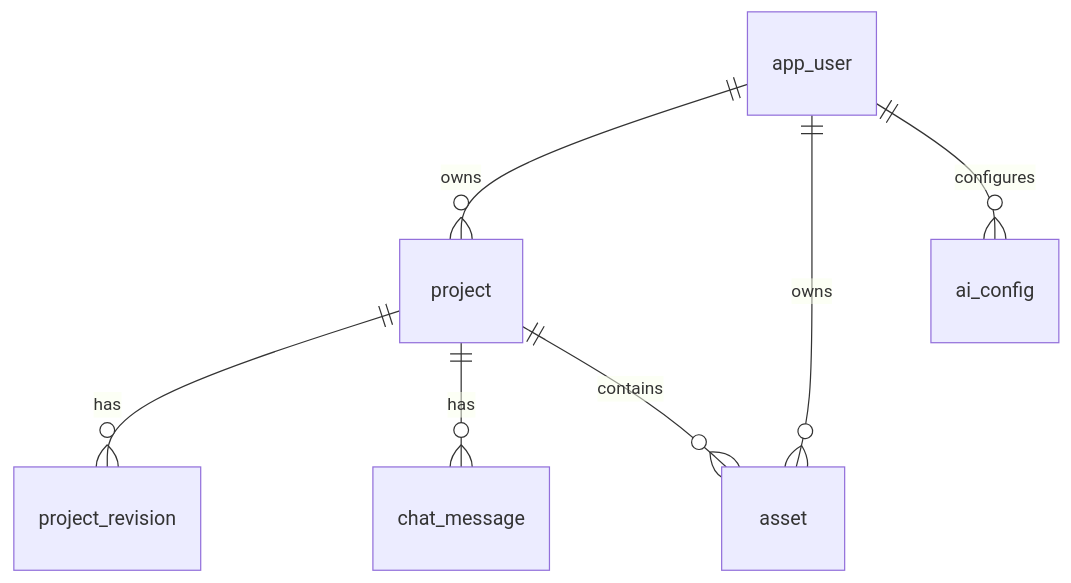
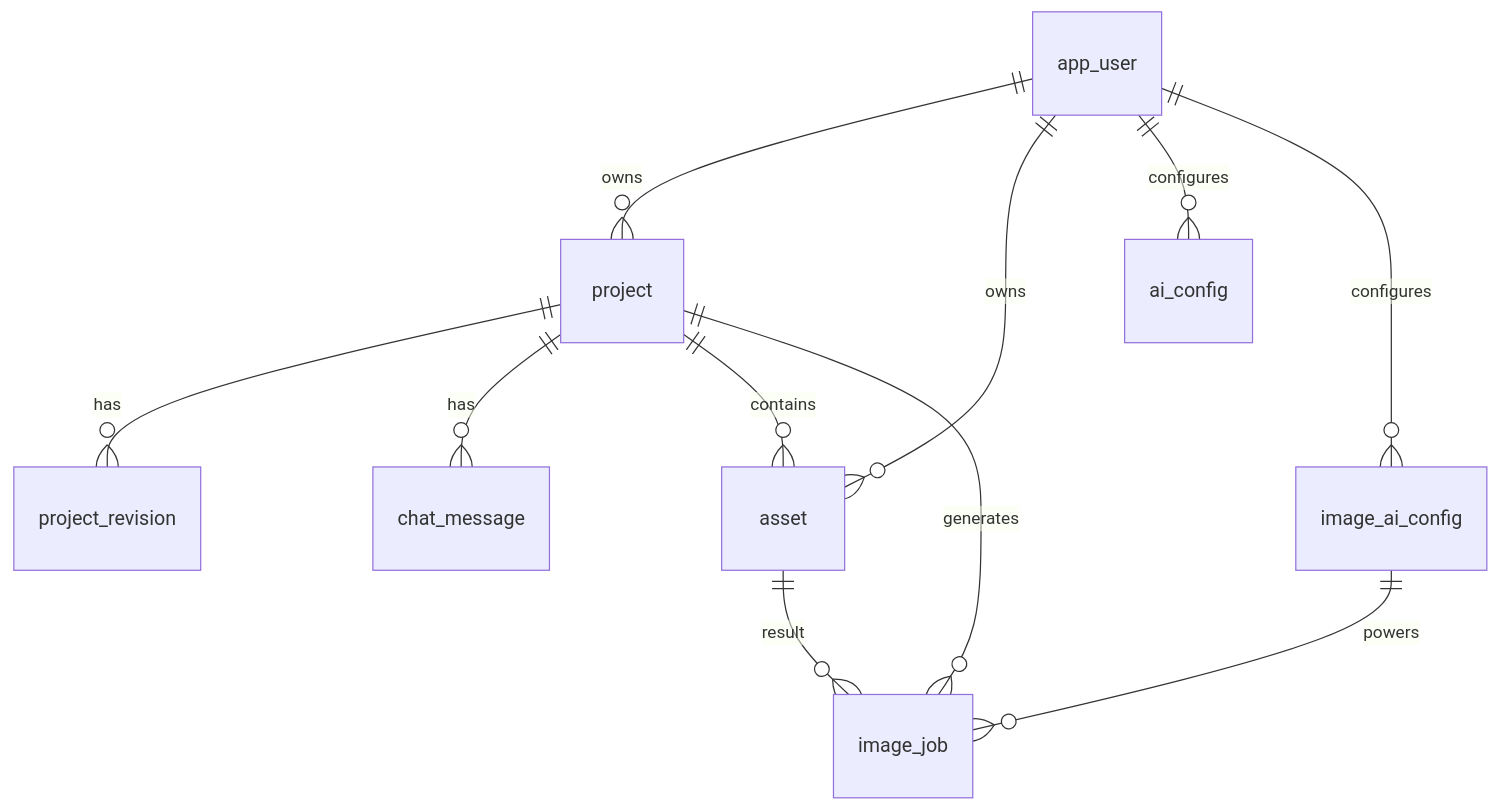
The diagram in doc/10-数据库设计与当前状态.md (sprog-man/WebProject), drawn with Mermaid before and after one commit. The commit also changed other lines of this file and 59 other files, not shown here.

First line of the commit message:
feat: add user-configurable image generation

````diff
--- a/doc/10-数据库设计与当前状态.md
+++ b/doc/10-数据库设计与当前状态.md
@@ -184,9 +188,13 @@
 ```mermaid
 erDiagram
     app_user ||--o{ project : owns
     app_user ||--o{ asset : owns
     app_user ||--o{ ai_config : configures
+    app_user ||--o{ image_ai_config : configures
     project ||--o{ project_revision : has
     project ||--o{ chat_message : has
     project ||--o{ asset : contains
+    project ||--o{ image_job : generates
+    image_ai_config ||--o{ image_job : powers
+    asset ||--o{ image_job : result
 ```
````
